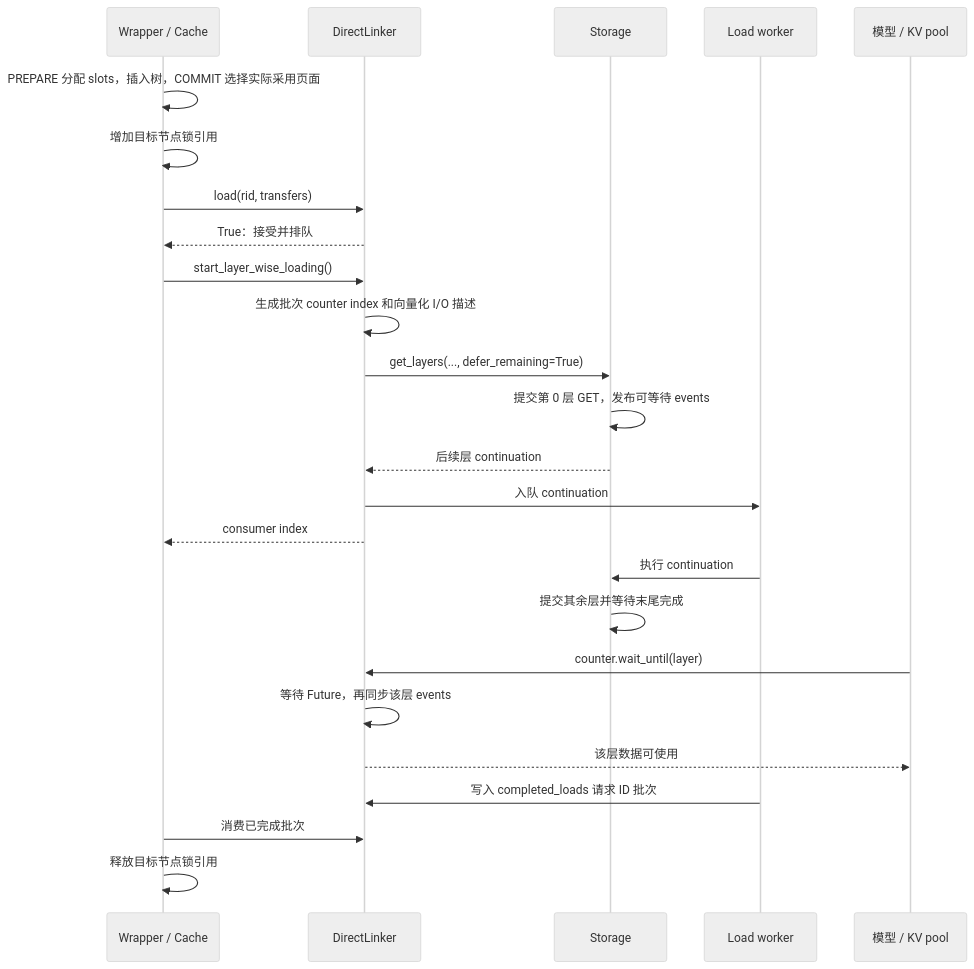
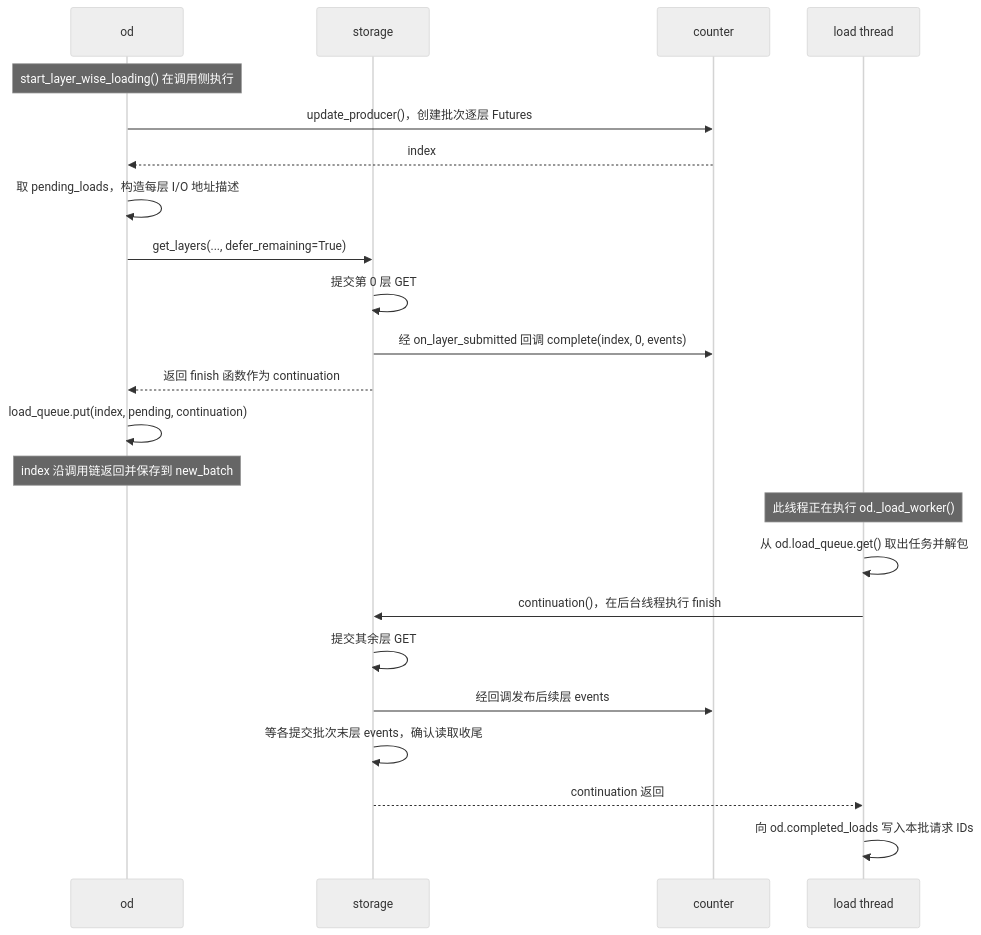
Before and after one commit to yuanzhg078/sglang: the eighth of 13 diagrams in oceandisk_pc_architecture_walkthrough.md, drawn with Mermaid (neutral theme). The commit also changed other lines of this file and 1 other file, not shown here.

````diff
--- a/oceandisk_pc_architecture_walkthrough.md
+++ b/oceandisk_pc_architecture_walkthrough.md
@@ -494,27 +557,25 @@
 ```mermaid
 sequenceDiagram
-    participant W as Wrapper / Cache
-    participant D as DirectLinker
-    participant S as Storage
-    participant B as Load worker
-    participant M as 模型 / KV pool
-    W->>W: PREPARE 分配 slots，插入树，COMMIT 选择实际采用页面
-    W->>W: 增加目标节点锁引用
-    W->>D: load(rid, transfers)
-    D-->>W: True：接受并排队
-    W->>D: start_layer_wise_loading()
-    D->>D: 生成批次 counter index 和向量化 I/O 描述
+    participant D as od
+    participant S as storage
+    participant K as counter
+    participant B as load thread
+    Note over D: start_layer_wise_loading() 在调用侧执行
+    D->>K: update_producer()，创建批次逐层 Futures
+    K-->>D: index
+    D->>D: 取 pending_loads，构造每层 I/O 地址描述
     D->>S: get_layers(..., defer_remaining=True)
-    S->>S: 提交第 0 层 GET，发布可等待 events
-    S-->>D: 后续层 continuation
-    D->>B: 入队 continuation
-    D-->>W: consumer index
-    B->>S: 执行 continuation
-    S->>S: 提交其余层并等待末尾完成
-    M->>D: counter.wait_until(layer)
-    D->>D: 等待 Future，再同步该层 events
-    D-->>M: 该层数据可使用
-    B->>D: 写入 completed_loads 请求 ID 批次
-    W->>D: 消费已完成批次
-    W->>W: 释放目标节点锁引用
+    S->>S: 提交第 0 层 GET
+    S->>K: 经 on_layer_submitted 回调 complete(index, 0, events)
+    S-->>D: 返回 finish 函数作为 continuation
+    D->>D: load_queue.put(index, pending, continuation)
+    Note over D: index 沿调用链返回并保存到 new_batch
+    Note over B: 此线程正在执行 od._load_worker()
+    B->>B: 从 od.load_queue.get() 取出任务并解包
+    B->>S: continuation()，在后台线程执行 finish
+    S->>S: 提交其余层 GET
+    S->>K: 经回调发布后续层 events
+    S->>S: 等各提交批次末层 events，确认读取收尾
+    S-->>B: continuation 返回
+    B->>B: 向 od.completed_loads 写入本批请求 IDs
 ```
````
